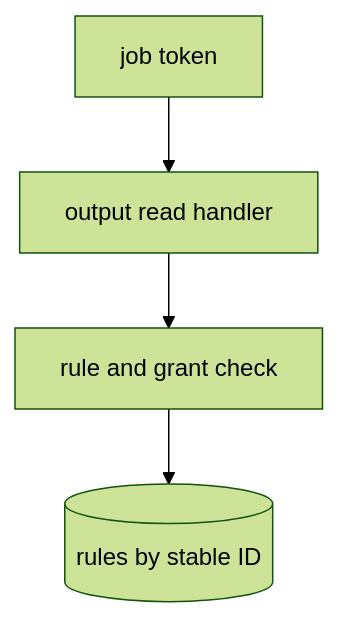
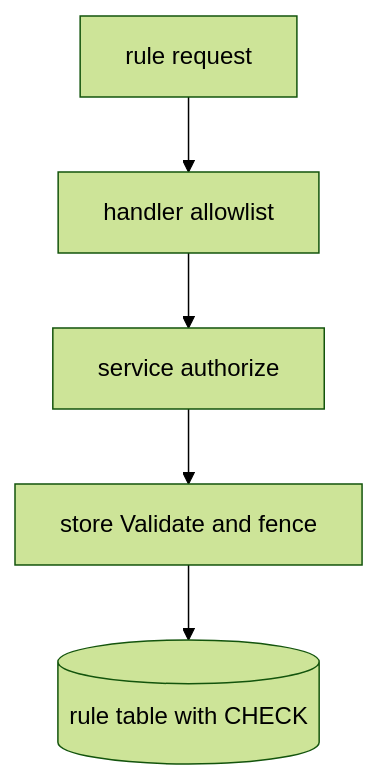
Before and after one commit to OpenDustpan/OpenDustpan: the third of 3 diagrams in openspec/changes/add-output-sharing-setting-new/design.md, drawn with Mermaid (forest theme). The commit also changed other lines of this file and 3 other files, not shown here.

First line of the commit message:
openspec: rewrite add-output-sharing-setting-new to specify only the rule store, routes and new-unit rule

````diff
--- a/openspec/changes/add-output-sharing-setting-new/design.md
+++ b/openspec/changes/add-output-sharing-setting-new/design.md
@@ -52,4 +80,4 @@
 ```mermaid
 flowchart TB
- J[job token] --> H[output read handler] --> C[rule and grant check] --> S[(rules by stable ID)]
+ R[rule request] --> H[handler allowlist] --> V[service authorize] --> S[store Validate and fence] --> T[(rule table with CHECK)]
 ```
````
